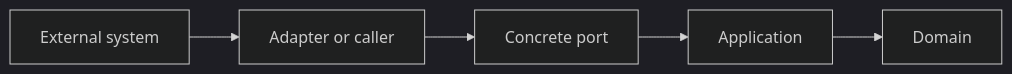
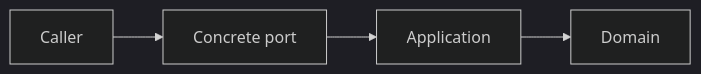
One commit to virtualitems/tshex-cli changed the first of 2 diagrams in docs/context-ports.md. Above: the diagram before and after it, drawn with Mermaid (dark theme). The commit also changed other lines of this file, not shown here.

````diff
--- a/docs/context-ports.md
+++ b/docs/context-ports.md
@@ -105,7 +71,6 @@
 ```mermaid
 flowchart LR
-    external["External system"] --> adapter["Adapter or caller"]
-    adapter --> port[Concrete port]
+    caller["Caller"] --> port[Concrete port]
     port --> application[Application]
     application --> domain[Domain]
 ```
````
